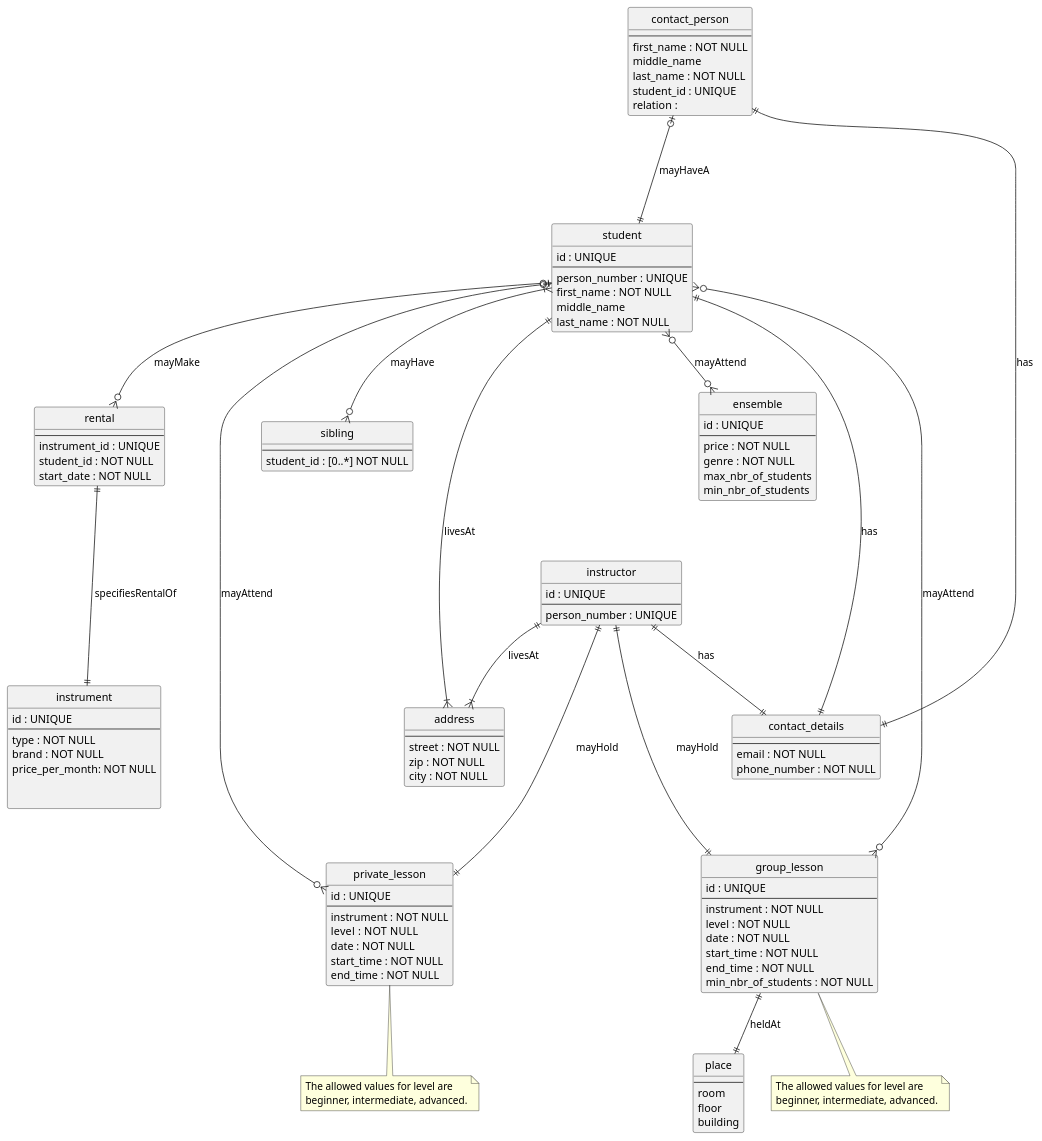
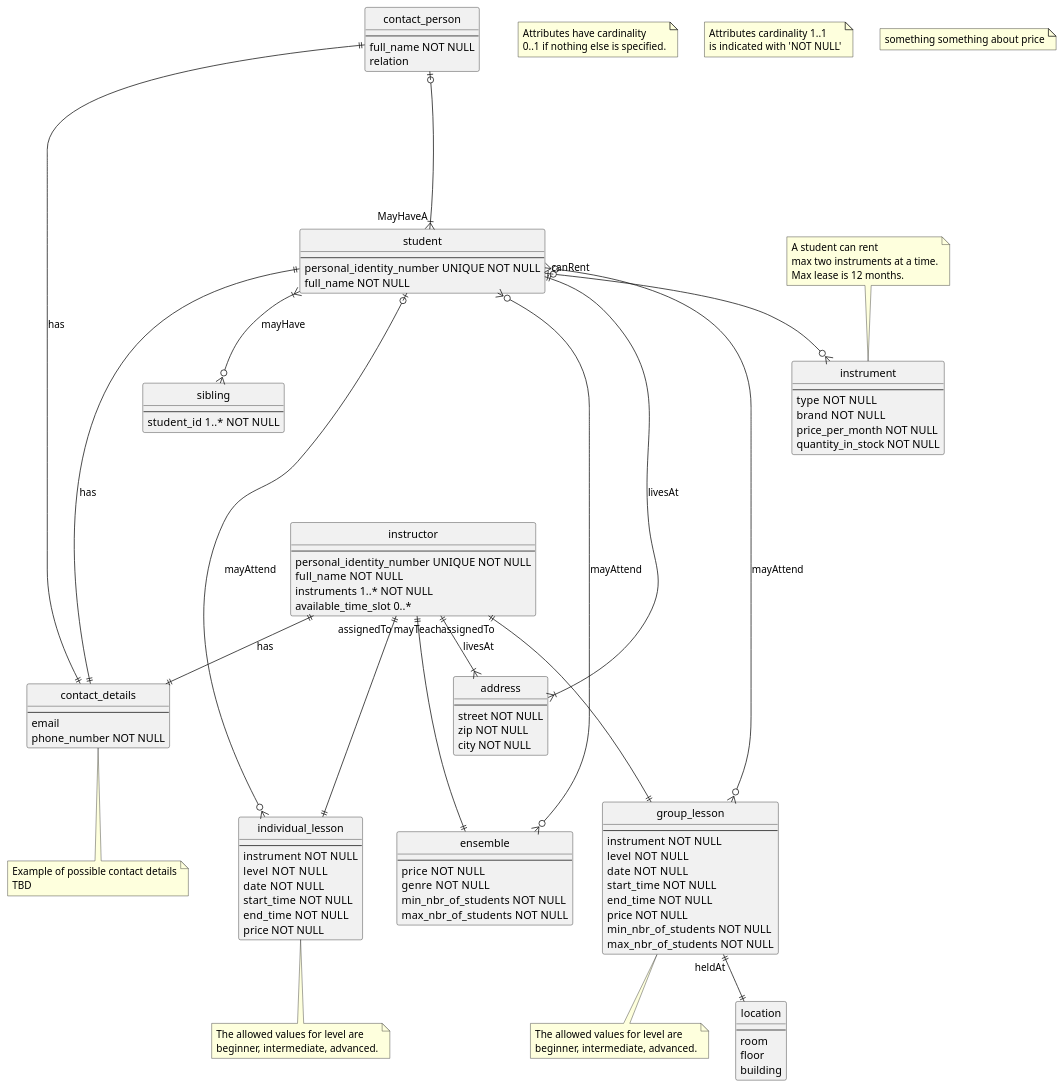
One commit to blomquiste/kth-iv1351-data-storage-paradigms changed the first of 2 diagrams in diagrams/cm.puml. Above: the diagram before and after it, drawn with PlantUML. The commit also changed other lines of this file, not shown here.

Commit message:
fixed all attributes

```diff
--- a/diagrams/cm.puml
+++ b/diagrams/cm.puml
@@ -12,41 +12,58 @@
 
 ' skinparam ClassAttributeIconSize 0
 
+note as n1
+    Attributes have cardinality
+    0..1 if nothing else is specified.
+end note
+
+note as n2 
+    Attributes cardinality 1..1 
+    is indicated with 'NOT NULL'
+end note
+
+note as s1
+    something something about price
+end note
+
 ' ACTORS
 entity "person" {
 ' entity "contact_info" {
-    ' id : UNIQUE
+    ' id UNIQUE NOT NULL
     --
-    first_name : NOT NULL
-    middle_name
-    last_name : NOT NULL
+    personal_identity_number UNIQUE NOT NULL
+    full_name NOT NULL
+    ' contact details ->>>
 }
 
 entity "address" {
     --
-    street : NOT NULL
-    zip : NOT NULL
-    city : NOT NULL
+    street NOT NULL
+    zip NOT NULL
+    city NOT NULL
 }
 
 entity "contact_details" {
     --
-    email : NOT NULL
-    phone_number : NOT NULL
+    email
+    phone_number NOT NULL
 }
 
+note bottom
+    Example of possible contact details
+    TBD
+end note
+
 entity "student" {
-    id : UNIQUE
+    ' id  UNIQUE NOT NULL
     --
-    ' person_id : UNIQUE
-    person_number : UNIQUE
-    first_name : NOT NULL
-    middle_name
-    last_name : NOT NULL
-    ' siblings [0..*]
-    ' rented_instrument [0..2]
+    ' person_id  UNIQUE NOT NULL
+    personal_identity_number  UNIQUE NOT NULL
+    full_name NOT NULL
+    ' siblings 0..*
+    ' rented_instrument 0..2
     ' eller ska jag dela upp det i två?
-    ' contact_person : UNIQUE
+    ' contact_person  UNIQUE NOT NULL
     ' no next of kin, only contact_person?
     ' next_of_kin == person_id
 }
@@ -54,43 +71,42 @@
 ' ärver från person
 entity "contact_person" {
     --
-    ' person_id :
-    first_name : NOT NULL
-    middle_name
-    last_name : NOT NULL
-    student_id : UNIQUE
-    relation : 
+    ' person_id 
+    full_name NOT NULL
+    ' student_id 1..* UNIQUE NOT NULL
+    relation 
 }
 
 entity "sibling" {
     --
-    student_id : [0..*] NOT NULL
+    student_id  1..* NOT NULL
 }
 entity "instructor" {
-    id : UNIQUE 
+    ' id  UNIQUE  NOT NULL
     --
-    ' person_id : UNIQUE
-    person_number : UNIQUE
+    ' person_id  UNIQUE NOT NULL
+    personal_identity_number  UNIQUE NOT NULL
+    full_name  NOT NULL
+    instruments 1..* NOT NULL
+    available_time_slot 0..* 
 }
 
 ' INSTRUMENTS
 entity "instrument" {
-id : UNIQUE 
+' id  UNIQUE  NOT NULL
 ' rent_id
 --
-type : NOT NULL
-brand : NOT NULL
-price_per_month: NOT NULL
-
-' or
-' __
-' instrument/type
-' brand
-' price_per_time_unit
-' in_stock
-' rented
-
+type  NOT NULL
+brand  NOT NULL
+price_per_month NOT NULL
+quantity_in_stock NOT NULL
+' quantity_rented NOT NULL
 }
+note top
+    A student can rent 
+    max two instruments at a time.
+    Max lease is 12 months.
+end note
 ' ' find a better name. "instrument_skill"? Is it even neccessary??
 ' entity "instrument" {
 '     type
@@ -98,14 +114,6 @@
 ' }
 
 ' is in_stock derived data? If rentee_id than its not in stock?
-entity "rental" {
-    --
-    instrument_id : UNIQUE
-    ' rent_id
-    student_id : NOT NULL
-    ' rentee
-    start_date : NOT NULL
-}
 
 ' LESSONS
 entity "session" {
@@ -118,20 +126,21 @@
 entity "lesson" {
     --
     instructor_id
-    date : NOT NULL
-    start_time : NOT NULL
-    end_time : NOT NULL
-    price : NOT NULL
+    date  NOT NULL
+    start_time  NOT NULL
+    end_time  NOT NULL
+    price  NOT NULL
 }
 
-entity "private_lesson" {
-    id : UNIQUE
+entity "individual_lesson" {
+    ' id  UNIQUE NOT NULL
     --
-    instrument : NOT NULL
-    level  : NOT NULL
-    date : NOT NULL
-    start_time : NOT NULL
-    end_time : NOT NULL
+    instrument  NOT NULL
+    level   NOT NULL
+    date  NOT NULL
+    start_time  NOT NULL
+    end_time  NOT NULL
+    price NOT NULL
 }
 note bottom
     The allowed values for level are
@@ -139,17 +148,19 @@
 end note
 
 
-' TODO: Ska level alternativen skrivas som kommentar istället??
+' TODO Ska level alternativen skrivas som kommentar istället??
 entity "group_lesson" {
-    id : UNIQUE
+    ' id  UNIQUE NOT NULL
     --
-    instrument : NOT NULL
-    level : NOT NULL
-    date : NOT NULL
-    start_time : NOT NULL
-    end_time : NOT NULL
-    ' class_room : NOT NULL
-    min_nbr_of_students : NOT NULL
+    instrument  NOT NULL
+    level  NOT NULL
+    date  NOT NULL
+    start_time  NOT NULL
+    end_time  NOT NULL
+    price NOT NULL
+    ' class_room  NOT NULL
+    min_nbr_of_students  NOT NULL
+    max_nbr_of_students  NOT NULL
 }
 note bottom
     The allowed values for level are
@@ -157,29 +168,30 @@
 end note
 
 
-entity "place" {
+entity "location" {
     --
     room
     floor
     building
 }
 
+
 entity "ensemble" {
-    id : UNIQUE 
+    ' id  UNIQUE  NOT NULL
     --
     ' instructor_id
-    ' date : NOT NULL
-    ' start_time : NOT NULL
-    ' end_time : NOT NULL
+    ' date  NOT NULL
+    ' start_time  NOT NULL
+    ' end_time  NOT NULL
     ' class_room
-    price : NOT NULL
-    genre : NOT NULL
-    max_nbr_of_students
-    min_nbr_of_students
+    price  NOT NULL
+    genre  NOT NULL
+    min_nbr_of_students  NOT NULL
+    max_nbr_of_students  NOT NULL
 }
 
 ' RELATIONS
-' person ||--|{ address : livesAt
+' person ||--|{ address  livesAt
 student ||--|{ address : livesAt
 instructor ||--|{ address : livesAt
 
@@ -190,31 +202,32 @@
 ' person ||--|| instructor::person_id : isA
 ' person ||--|| contact_person::person_id : isA
 ' student |o"1"--"0..2"o{ rented_instrument : mayRent
-student |o--o{ rental : mayMake
-rental ||---|| instrument : specifiesRentalOf
+' student |o--o{ rental : mayMake
+' rental "of" ||--|| instrument 
+student "canRent" |o--o{ instrument
 
 student |o--o{ lesson : mayAttend
-student |o--o{ private_lesson : mayAttend
+student |o--o{ individual_lesson : mayAttend
 student }o--o{ group_lesson : mayAttend
 student }o--o{ ensemble : mayAttend
 lesson }|--|| instructor : taughtBy
 
-student ||--o| contact_person : mayHaveA
+student "MayHaveA" }|--o| contact_person
 student }|--o{ sibling : mayHave
 
 ' sibling }|--|{ student : isA
 ' et |o"1"---"10"o{ et2 : relationtest
 
-' session ||---|| place : reserves 
+' session ||---|| location : reserves 
 ' session ||---|| lesson : books
 ' session ||---|| group_lesson : mayBookA
-' session ||---|| private_lesson : mayBookA
+' session ||---|| individual_lesson : mayBookA
 ' session ||---|| ensemble : mayBookA
-group_lesson ||--|| place : heldAt
+group_lesson "heldAt" ||--|| location
 
-instructor ||---|| group_lesson : mayHold
-instructor ||---|| private_lesson : mayHold
-' instructor ||---|| ensemble : mayHold
+instructor "assignedTo"||---|| group_lesson
+instructor "assignedTo"||---|| individual_lesson
+instructor "mayTeach"||---|| ensemble
 
 ' INHERITANCE
 hide person
@@ -229,10 +242,10 @@
 
 ' ' super/subtype relations using x1 as intermediate connection
 ' lesson <|-down- x_1
-' x_1 -up- private_lesson
+' x_1 -up- individual_lesson
 ' x_1 -up- group_lesson
 
-' lesson <|--down- private_lesson
+' lesson <|--down- individual_lesson
 ' lesson <|--down- group_lesson
 ' ' lesson <|--down- ensemble
 ' person <|--down- student
```
